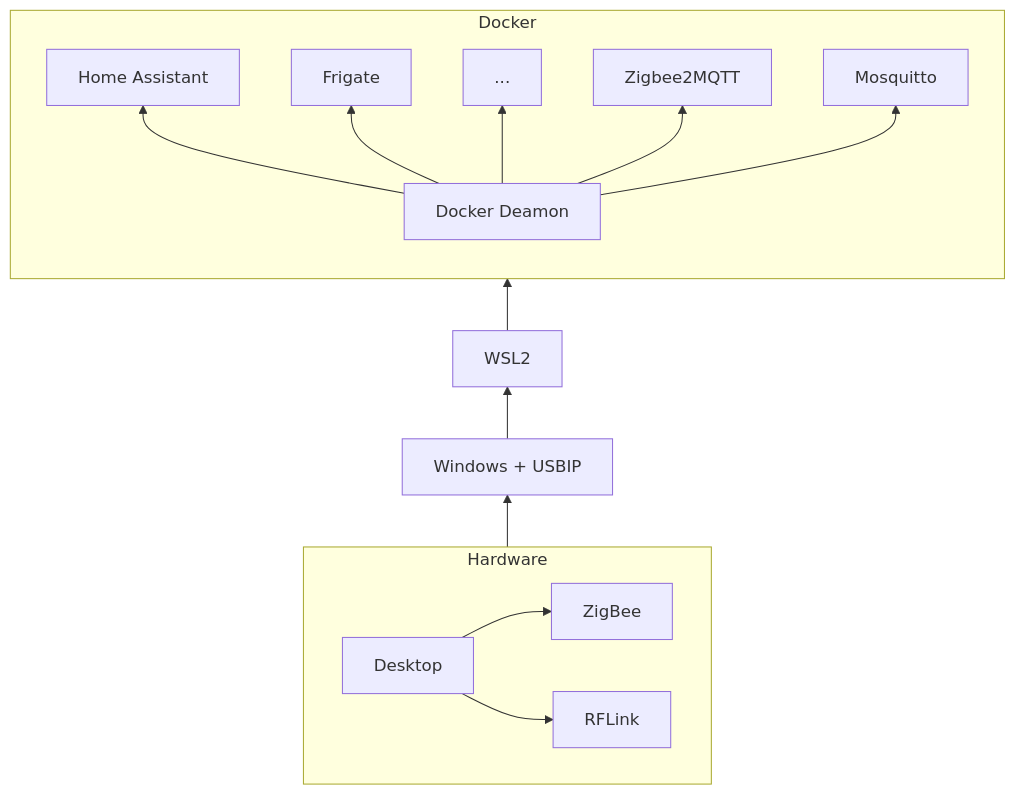
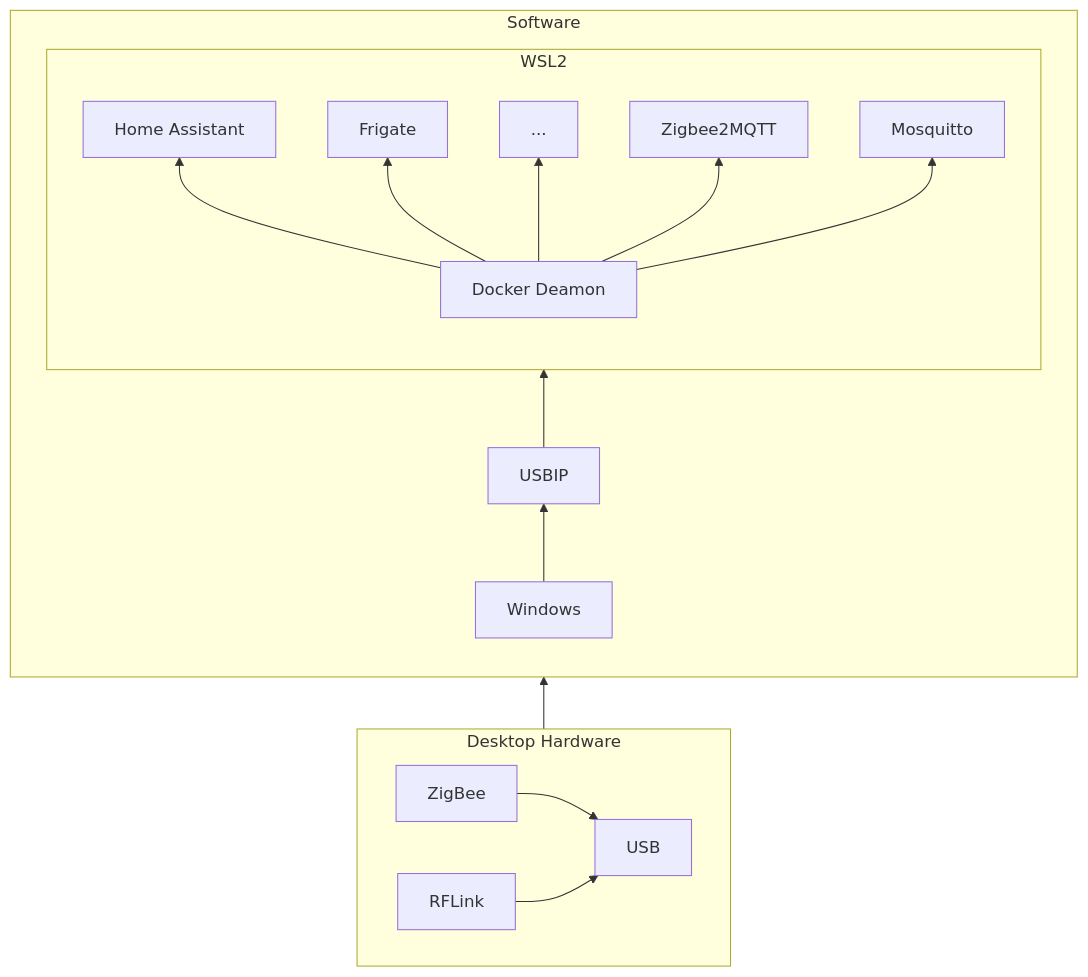
Before and after one commit to poulti/brain-pages: the diagram in docs/docker-from-compose-to-swarm.md, drawn with Mermaid.

Commit message:
Updated mermaid archi graph

````diff
--- a/docs/docker-from-compose-to-swarm.md
+++ b/docs/docker-from-compose-to-swarm.md
@@ -183,19 +183,22 @@
 ``` mermaid
 graph BT
-  subgraph Docker
+  subgraph WIN[Software]
     direction BT
-    d[Docker Deamon] --> c1[Home Assistant]
-    d --> c2[Frigate]
-    d --> c3[...]
-    d --> c4[Zigbee2MQTT]
-    d --> c5[Mosquitto]
+    subgraph Docker[WSL2]
+      direction BT
+      d[Docker Deamon] --> c1[Home Assistant]
+      d --> c2[Frigate]
+      d --> c3[...]
+      d --> c4[Zigbee2MQTT]
+      d --> c5[Mosquitto]
+    end
+    USBIP --> Docker
+    Windows --> USBIP
   end
-  WSL2 --> Docker
-  WIN[Windows + USBIP] --> WSL2
   Hardware --> WIN
-  subgraph Hardware
+  subgraph Hardware[Desktop Hardware]
     direction LR
-    Desktop --> ZigBee
-    Desktop --> RFLink
+    ZigBee --> USB
+    RFLink --> USB
   end
 ```
````
